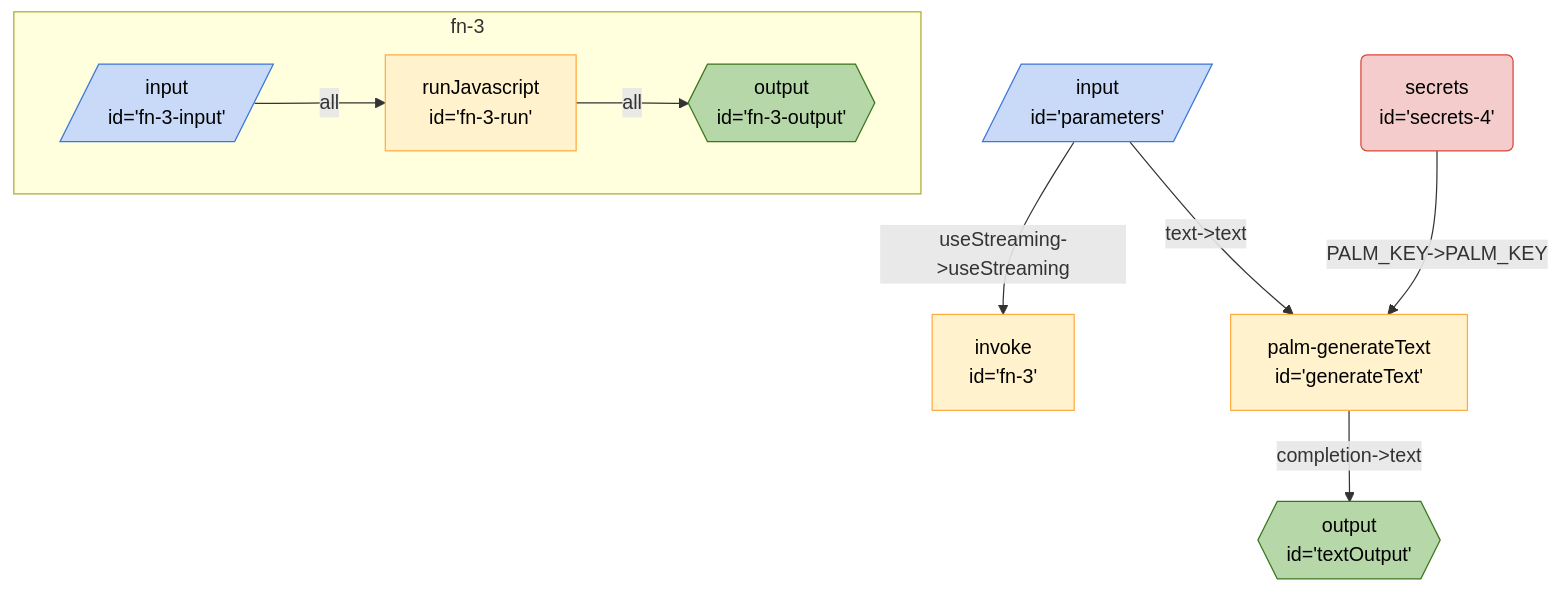
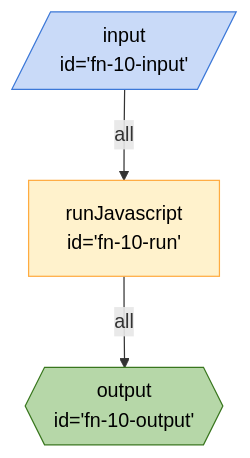
Before and after one commit to breadboard-ai/breadboard: the diagram in packages/breadboard-web/docs/graphs/palm-text-generator.md, drawn with Mermaid. The commit also changed 43 other files, not shown here.

````diff
--- a/packages/breadboard-web/docs/graphs/palm-text-generator.md
+++ b/packages/breadboard-web/docs/graphs/palm-text-generator.md
@@ -3,22 +3,14 @@
 ```mermaid
 %%{init: 'themeVariables': { 'fontFamily': 'Fira Code, monospace' }}%%
 graph TD;
-generateText["palm-generateText <br> id='generateText'"] -- "completion->text" --> textOutput{{"output <br> id='textOutput'"}}:::output
-parameters[/"input <br> id='parameters'"/]:::input -- "useStreaming->useStreaming" --> fn3["invoke <br> id='fn-3'"]
-parameters[/"input <br> id='parameters'"/]:::input -- "text->text" --> generateText["palm-generateText <br> id='generateText'"]
-secrets4("secrets <br> id='secrets-4'"):::secrets -- "PALM_KEY->PALM_KEY" --> generateText["palm-generateText <br> id='generateText'"]
-
-subgraph sg_fn3 [fn-3]
-fn3_fn3input[/"input <br> id='fn-3-input'"/]:::input -- all --> fn3_fn3run["runJavascript <br> id='fn-3-run'"]
-fn3_fn3run["runJavascript <br> id='fn-3-run'"] -- all --> fn3_fn3output{{"output <br> id='fn-3-output'"}}:::output
-end
-
+fn10input[/"input <br> id='fn-10-input'"/]:::input -- all --> fn10run["runJavascript <br> id='fn-10-run'"]
+fn10run["runJavascript <br> id='fn-10-run'"] -- all --> fn10output{{"output <br> id='fn-10-output'"}}:::output
 classDef default stroke:#ffab40,fill:#fff2ccff,color:#000
 classDef input stroke:#3c78d8,fill:#c9daf8ff,color:#000
 classDef output stroke:#38761d,fill:#b6d7a8ff,color:#000
 classDef passthrough stroke:#a64d79,fill:#ead1dcff,color:#000
 classDef slot stroke:#a64d79,fill:#ead1dcff,color:#000
 classDef config stroke:#a64d79,fill:#ead1dcff,color:#000
 classDef secrets stroke:#db4437,fill:#f4cccc,color:#000
 classDef slotted stroke:#a64d79
 ```
````
